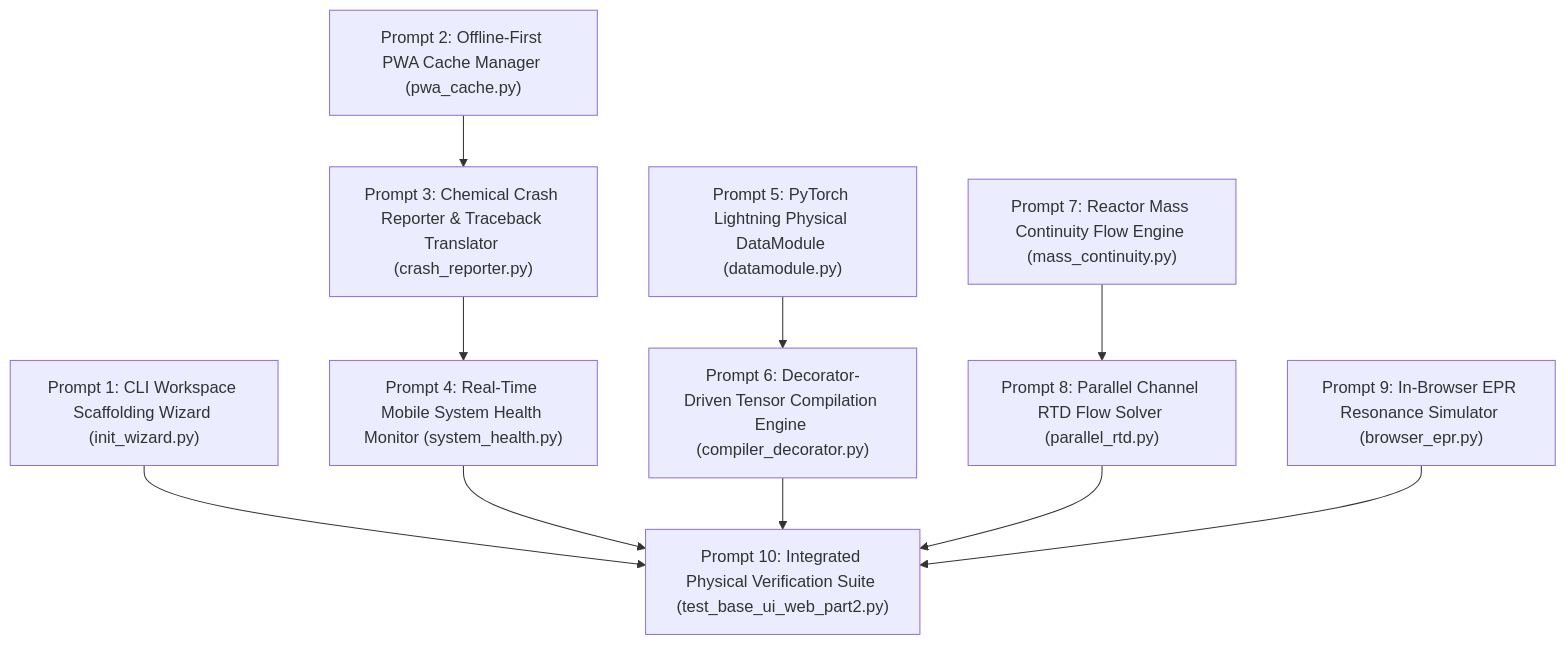
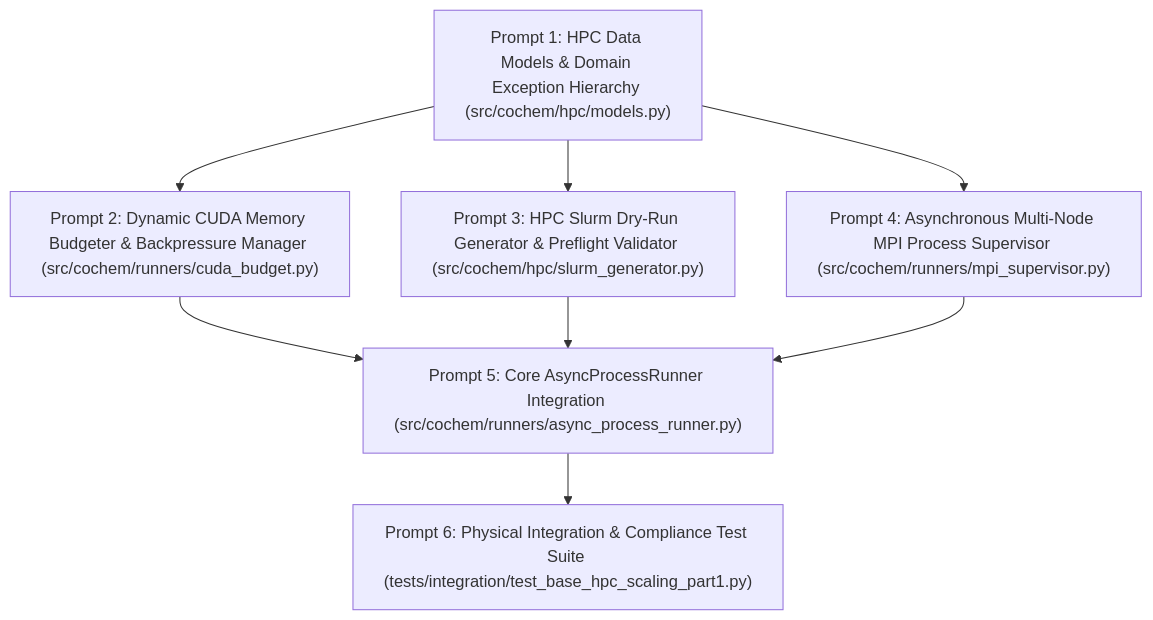
The first of 3 diagrams in cochem_audit_payload.md (ProfJJK-CoChem/CoChem-BASE), drawn with Mermaid before and after one commit. The commit also changed other lines of this file and 19 other files, not shown here.

Commit message:
Automated completion of Perfected_SRS_Chunk_03_BASE_HPC_and_Scaling_Part_1_prompts.md

````diff
--- a/cochem_audit_payload.md
+++ b/cochem_audit_payload.md
@@ -11,12 +11,10 @@
 ```mermaid
 graph TD
-    P1["Prompt 1: CLI Workspace Scaffolding Wizard (init_wizard.py)"] --> P10["Prompt 10: Integrated Physical Verification Suite (test_base_ui_web_part2.py)"]
-    P2["Prompt 2: Offline-First PWA Cache Manager (pwa_cache.py)"] --> P3["Prompt 3: Chemical Crash Reporter & Traceback Translator (crash_reporter.py)"]
-    P3 --> P4["Prompt 4: Real-Time Mobile System Health Monitor (system_health.py)"]
-    P4 --> P10
-    P5["Prompt 5: PyTorch Lightning Physical DataModule (datamodule.py)"] --> P6["Prompt 6: Decorator-Driven Tensor Compilation Engine (compiler_decorator.py)"]
-    P6 --> P10
-    P7["Prompt 7: Reactor Mass Continuity Flow Engine (mass_continuity.py)"] --> P8["Prompt 8: Parallel Channel RTD Flow Solver (parallel_rtd.py)"]
-    P8 --> P10
-    P9["Prompt 9: In-Browser EPR Resonance Simulator (browser_epr.py)"] --> P10
+    P1["Prompt 1: HPC Data Models & Domain Exception Hierarchy (src/cochem/hpc/models.py)"] --> P2["Prompt 2: Dynamic CUDA Memory Budgeter & Backpressure Manager (src/cochem/runners/cuda_budget.py)"]
+    P1 --> P3["Prompt 3: HPC Slurm Dry-Run Generator & Preflight Validator (src/cochem/hpc/slurm_generator.py)"]
+    P1 --> P4["Prompt 4: Asynchronous Multi-Node MPI Process Supervisor (src/cochem/runners/mpi_supervisor.py)"]
+    P2 --> P5["Prompt 5: Core AsyncProcessRunner Integration (src/cochem/runners/async_process_runner.py)"]
+    P3 --> P5
+    P4 --> P5
+    P5 --> P6["Prompt 6: Physical Integration & Compliance Test Suite (tests/integration/test_base_hpc_scaling_part1.py)"]
 ```
````
